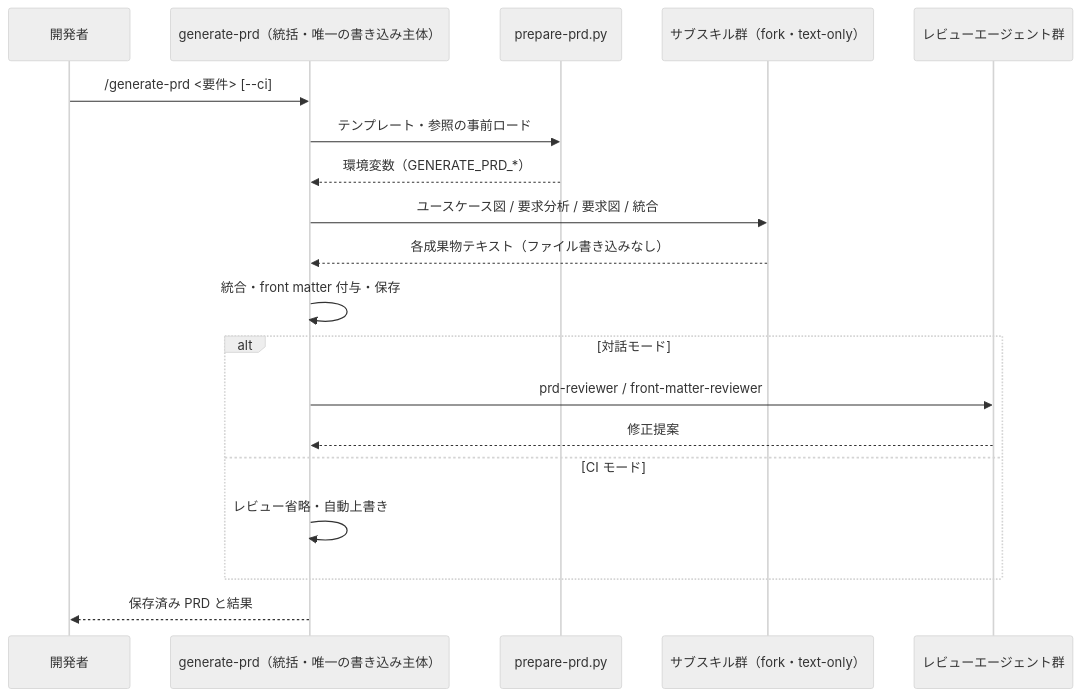
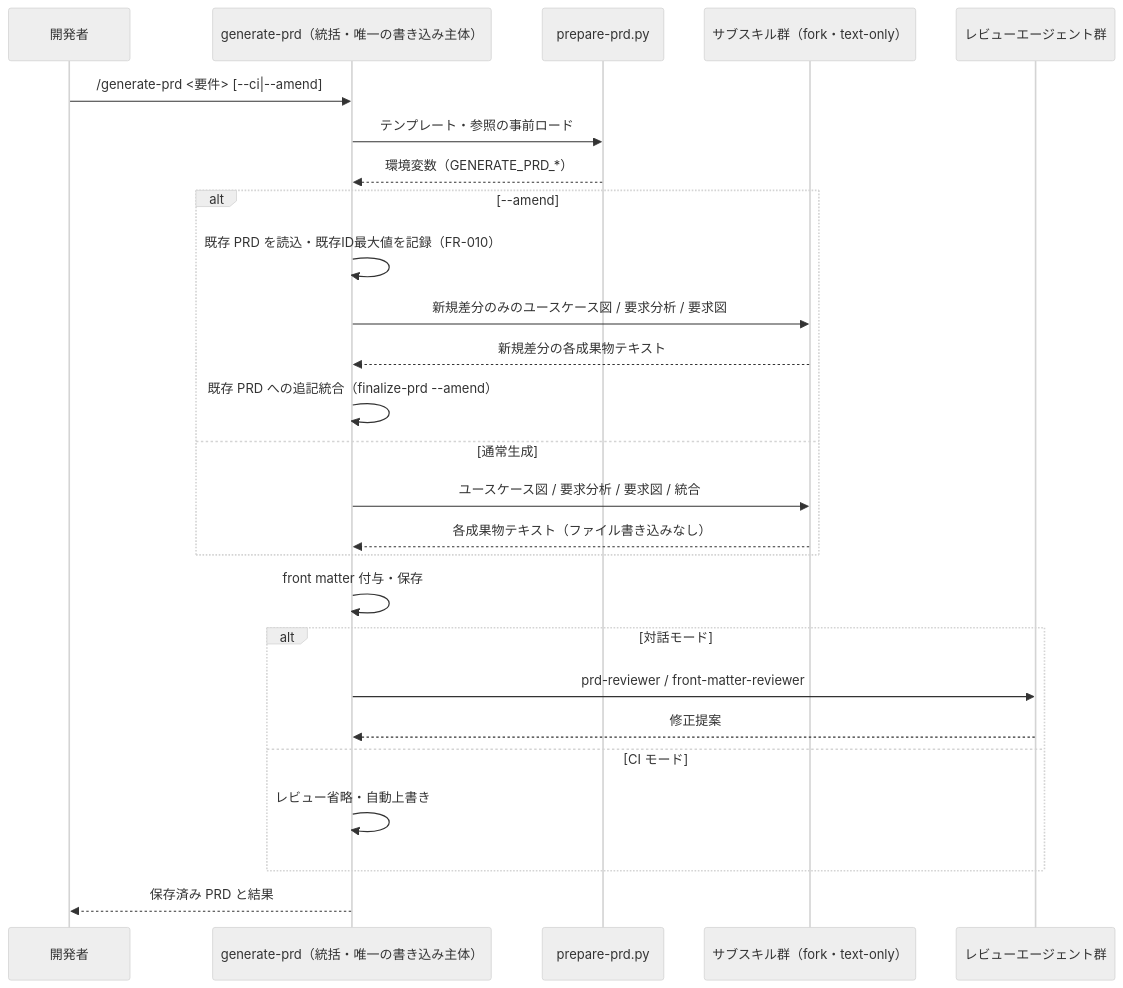
One commit to ToshikiImagawa/ai-sdd-workflow-dev changed the diagram in .sdd/specification/prd-generation_spec.md. Above: the diagram before and after it, drawn with Mermaid (neutral theme). The commit also changed other lines of this file and 12 other files, not shown here.

First line of the commit message:
[add] generate-prd に既存PRDへの --amend 追記モードを追加 (#101)

````diff
--- a/.sdd/specification/prd-generation_spec.md
+++ b/.sdd/specification/prd-generation_spec.md
@@ -143,22 +148,29 @@
 ```mermaid
 sequenceDiagram
     participant User as 開発者
     participant Orch as generate-prd（統括・唯一の書き込み主体）
     participant Prep as prepare-prd.py
     participant Sub as サブスキル群（fork・text-only）
     participant Rev as レビューエージェント群
 
-    User ->> Orch: /generate-prd <要件> [--ci]
+    User ->> Orch: /generate-prd <要件> [--ci|--amend]
     Orch ->> Prep: テンプレート・参照の事前ロード
     Prep -->> Orch: 環境変数（GENERATE_PRD_*）
-    Orch ->> Sub: ユースケース図 / 要求分析 / 要求図 / 統合
-    Sub -->> Orch: 各成果物テキスト（ファイル書き込みなし）
-    Orch ->> Orch: 統合・front matter 付与・保存
+    alt --amend
+        Orch ->> Orch: 既存 PRD を読込・既存ID最大値を記録（FR-010）
+        Orch ->> Sub: 新規差分のみのユースケース図 / 要求分析 / 要求図
+        Sub -->> Orch: 新規差分の各成果物テキスト
+        Orch ->> Orch: 既存 PRD への追記統合（finalize-prd --amend）
+    else 通常生成
+        Orch ->> Sub: ユースケース図 / 要求分析 / 要求図 / 統合
+        Sub -->> Orch: 各成果物テキスト（ファイル書き込みなし）
+    end
+    Orch ->> Orch: front matter 付与・保存
     alt 対話モード
         Orch ->> Rev: prd-reviewer / front-matter-reviewer
         Rev -->> Orch: 修正提案
     else CI モード
         Orch ->> Orch: レビュー省略・自動上書き
     end
     Orch -->> User: 保存済み PRD と結果
 ```
````
